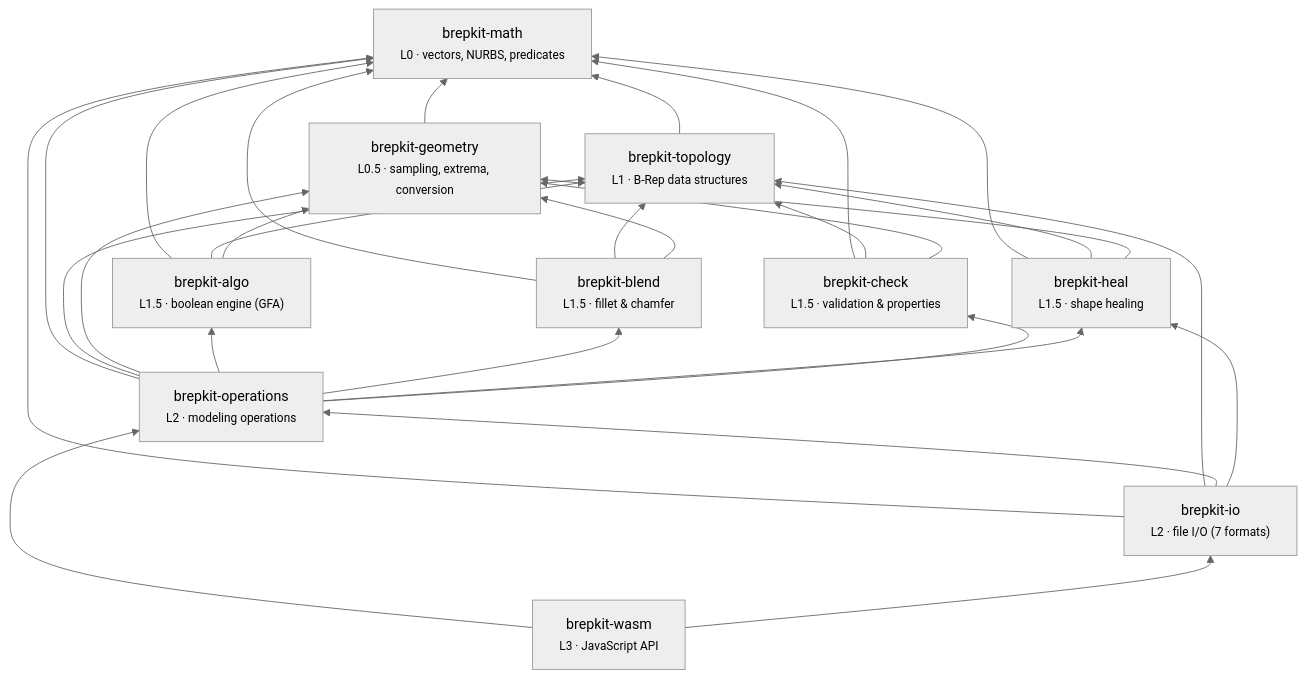
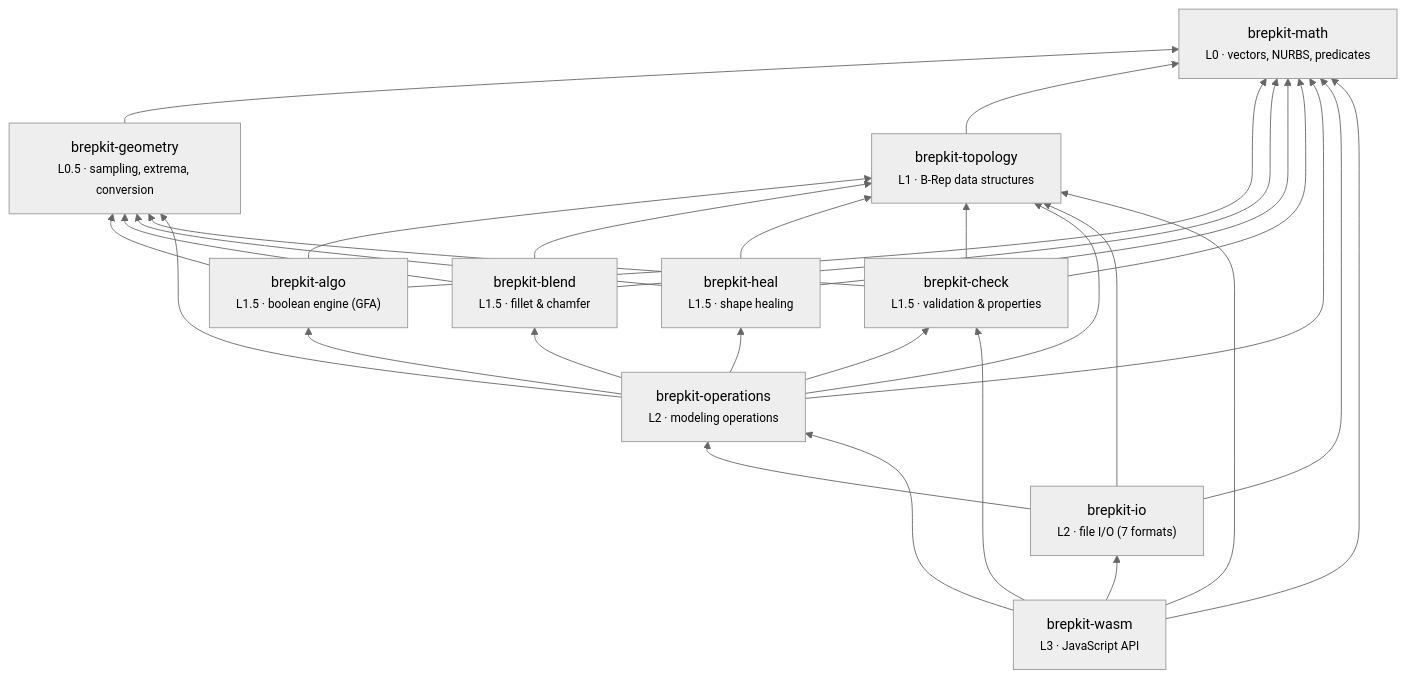
One commit to andymai/brepkit changed the diagram in README.md. Above: the diagram before and after it, drawn with Mermaid (neutral theme). The commit also changed other lines of this file, not shown here.

Commit message:
fix: address PR review comments
- Soften unwrap/panic claim to match reality (denied by default, not zero)
- Fix Mermaid diagram deps to match actual Cargo.toml (io has no heal dep, wasm has check dep)
- Clarify same-layer deps are allowed in architecture description

````diff
--- a/README.md
+++ b/README.md
@@ -83,23 +83,23 @@
 ```mermaid
 graph BT
     math["brepkit-math<br/><small>L0 · vectors, NURBS, predicates</small>"]
     geometry["brepkit-geometry<br/><small>L0.5 · sampling, extrema, conversion</small>"]
     topology["brepkit-topology<br/><small>L1 · B-Rep data structures</small>"]
     algo["brepkit-algo<br/><small>L1.5 · boolean engine (GFA)</small>"]
     blend["brepkit-blend<br/><small>L1.5 · fillet & chamfer</small>"]
     heal["brepkit-heal<br/><small>L1.5 · shape healing</small>"]
     check["brepkit-check<br/><small>L1.5 · validation & properties</small>"]
     operations["brepkit-operations<br/><small>L2 · modeling operations</small>"]
     io["brepkit-io<br/><small>L2 · file I/O (7 formats)</small>"]
     wasm["brepkit-wasm<br/><small>L3 · JavaScript API</small>"]
 
     geometry --> math
     topology --> math
     algo --> math & topology & geometry
     blend --> math & topology & geometry
     heal --> math & topology & geometry
     check --> math & topology & geometry
     operations --> math & topology & geometry & algo & blend & heal & check
-    io --> math & topology & operations & heal
-    wasm --> operations & io
+    io --> math & topology & operations
+    wasm --> math & topology & operations & check & io
 ```
````
